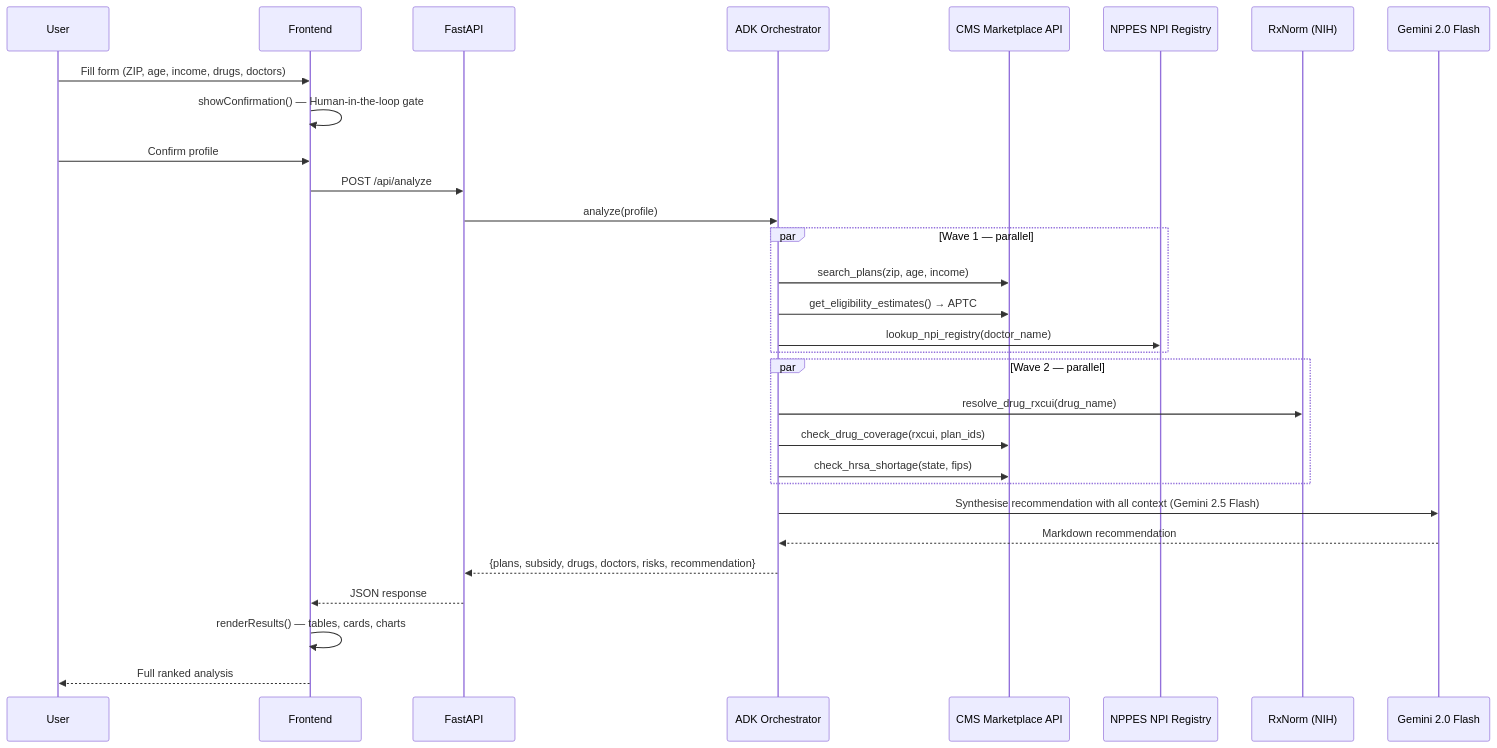
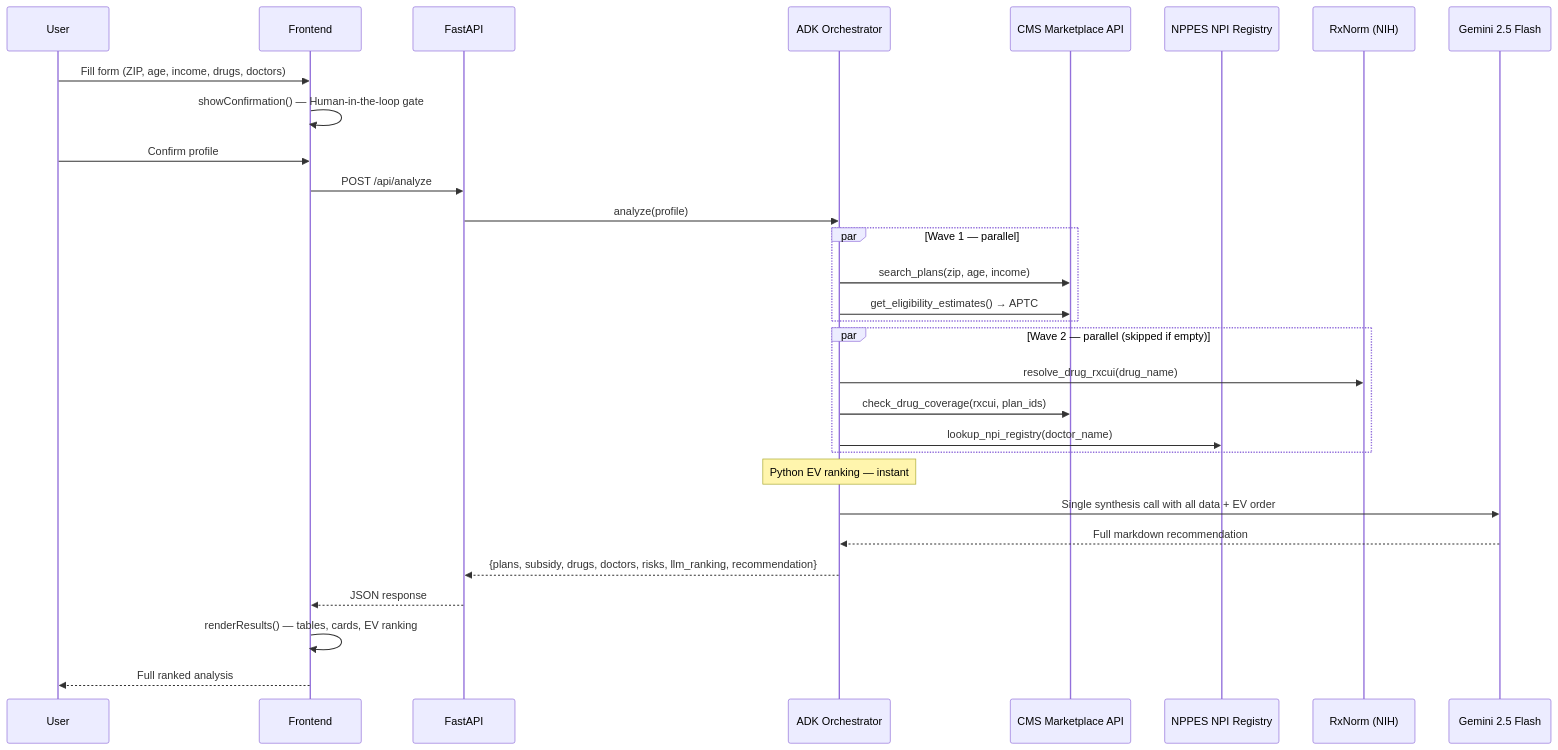
Before and after one commit to ritwiksharan/CoverWise: the second of 4 diagrams in README.md, drawn with Mermaid. The commit also changed other lines of this file, not shown here.

````diff
--- a/README.md
+++ b/README.md
@@ -84,36 +115,36 @@
 ```mermaid
 sequenceDiagram
     participant U as User
     participant FE as Frontend
     participant API as FastAPI
     participant ORCH as ADK Orchestrator
     participant CMS as CMS Marketplace API
     participant NPPES as NPPES NPI Registry
     participant RX as RxNorm (NIH)
-    participant GEM as Gemini 2.0 Flash
+    participant GEM as Gemini 2.5 Flash
 
     U->>FE: Fill form (ZIP, age, income, drugs, doctors)
     FE->>FE: showConfirmation() — Human-in-the-loop gate
     U->>FE: Confirm profile
     FE->>API: POST /api/analyze
     API->>ORCH: analyze(profile)
 
     par Wave 1 — parallel
         ORCH->>CMS: search_plans(zip, age, income)
         ORCH->>CMS: get_eligibility_estimates() → APTC
+    end
+
+    par Wave 2 — parallel (skipped if empty)
+        ORCH->>RX: resolve_drug_rxcui(drug_name)
+        ORCH->>CMS: check_drug_coverage(rxcui, plan_ids)
         ORCH->>NPPES: lookup_npi_registry(doctor_name)
     end
 
-    par Wave 2 — parallel
-        ORCH->>RX: resolve_drug_rxcui(drug_name)
-        ORCH->>CMS: check_drug_coverage(rxcui, plan_ids)
-        ORCH->>CMS: check_hrsa_shortage(state, fips)
-    end
-
-    ORCH->>GEM: Synthesise recommendation with all context (Gemini 2.5 Flash)
-    GEM-->>ORCH: Markdown recommendation
-    ORCH-->>API: {plans, subsidy, drugs, doctors, risks, recommendation}
+    Note over ORCH: Python EV ranking — instant
+    ORCH->>GEM: Single synthesis call with all data + EV order
+    GEM-->>ORCH: Full markdown recommendation
+    ORCH-->>API: {plans, subsidy, drugs, doctors, risks, llm_ranking, recommendation}
     API-->>FE: JSON response
-    FE->>FE: renderResults() — tables, cards, charts
+    FE->>FE: renderResults() — tables, cards, EV ranking
     FE-->>U: Full ranked analysis
 ```
````
